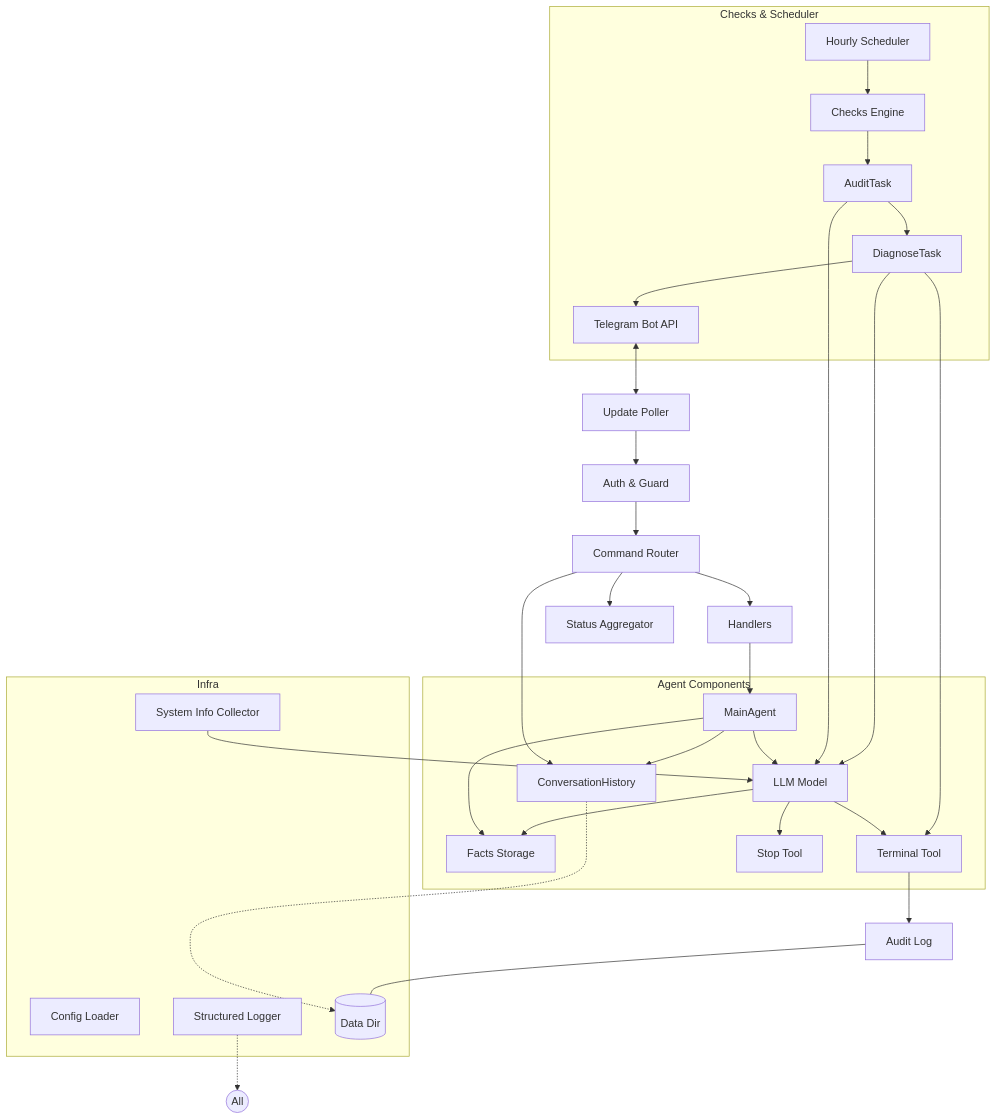
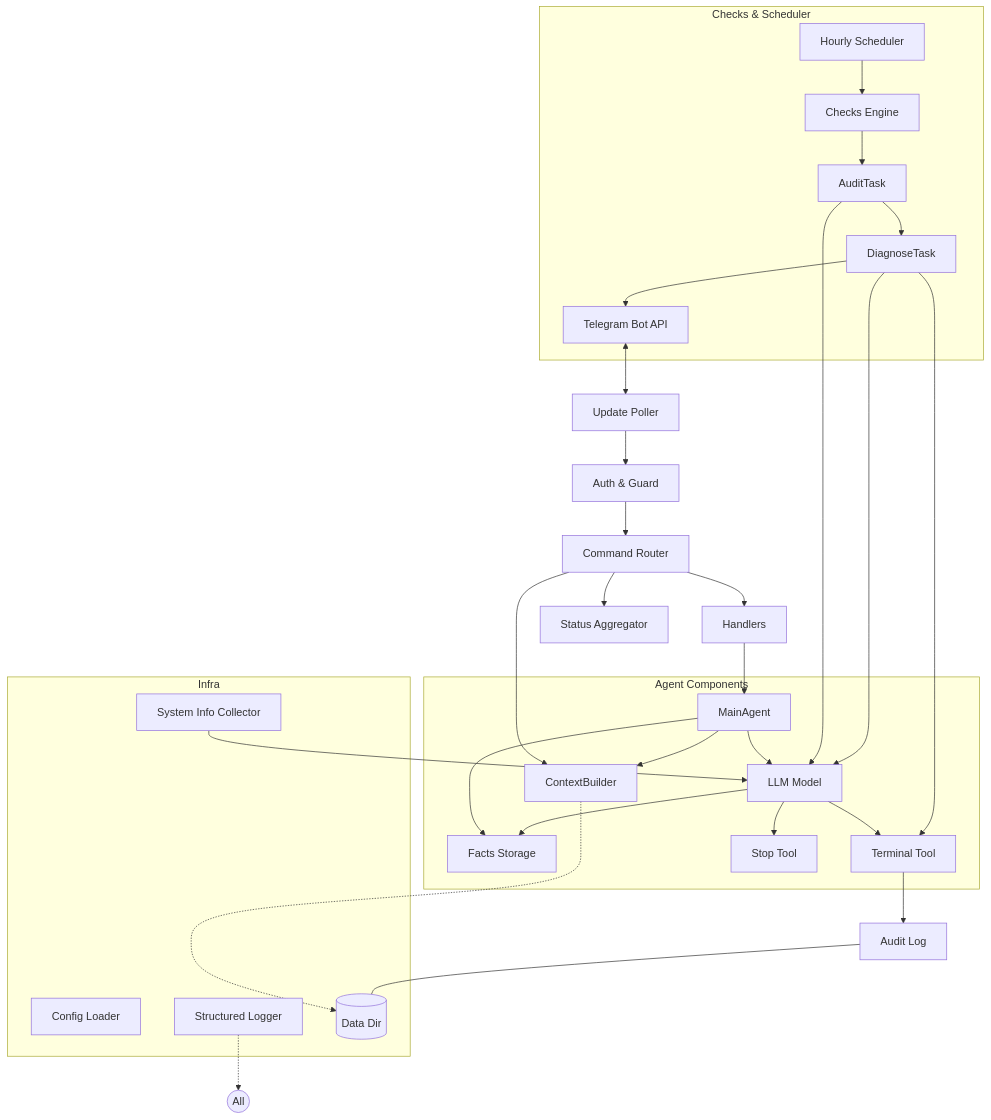
The first of 7 diagrams in documents/design.md (korchasa/severin), drawn with Mermaid before and after one commit. The commit also changed other lines of this file and 55 other files, not shown here.

````diff
--- a/documents/design.md
+++ b/documents/design.md
@@ -17,43 +17,43 @@
 ```mermaid
 graph TD
   TG[Telegram Bot API] <--> UPD[Update Poller]
   UPD --> AUTH[Auth & Guard]
   AUTH --> RT[Command Router]
   RT --> HND[Handlers]
-  RT --> MEM[History Service]
+  RT --> MEM[ContextBuilder]
   RT --> STAT[Status Aggregator]
 
   subgraph Checks & Scheduler
     SCH[Hourly Scheduler] --> CE[Checks Engine]
     CE --> AUDIT[AuditTask]
     AUDIT --> DIAG[DiagnoseTask]
     DIAG --> TG
   end
 
   subgraph Agent Components
     MAIN[MainAgent] --> LLM[LLM Model]
-    MAIN --> MEM[ConversationHistory]
+    MAIN --> MEM[ContextBuilder]
     MAIN --> FACTS[Facts Storage]
     AUDIT[AuditTask] --> LLM
     DIAG[DiagnoseTask] --> LLM
     LLM --> TTERM[Terminal Tool]
     LLM --> STOP[Stop Tool]
     LLM --> FACTS
     DIAG --> TTERM
   end
 
   HND --> MAIN
   TTERM --> AUD[Audit Log]
 
   subgraph Infra
     CFG[Config Loader]
     LOG[Structured Logger]
     FS[(Data Dir)]
     SI[System Info Collector]
   end
 
   SI --> LLM
   MEM -.-> FS
   AUD --- FS
   LOG -.-> all((All))
 ```
````
